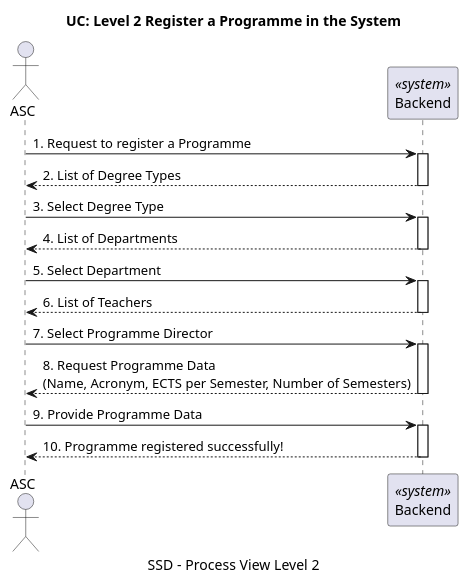
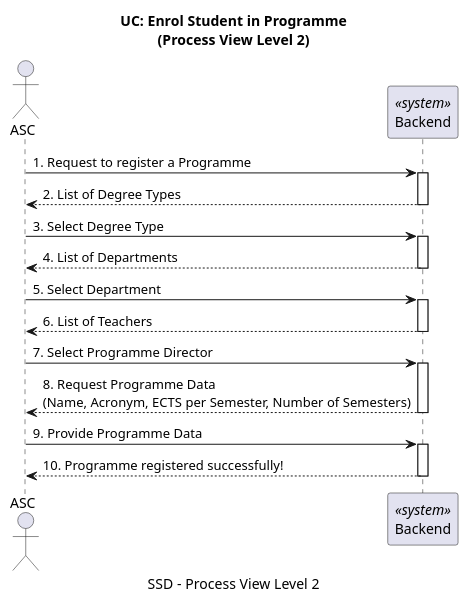
The diagram in docs/US09/ProcessView/level2Diagrams/Level2.puml (GasparISEP/DevOps-PAI), drawn with PlantUML before and after one commit. The commit also changed 2 other files, not shown here.

Commit message:
Ref #529: Created new sequence diagram of Process View level 3 REST API

```diff
--- a/docs/US09/ProcessView/level2Diagrams/Level2.puml
+++ b/docs/US09/ProcessView/level2Diagrams/Level2.puml
@@ -1,23 +1,24 @@
 @startuml
-title UC: Level 2 Register a Programme in the System
+
+title UC: Enrol Student in Programme\n(Process View Level 2)
 caption SSD – Process View Level 2
 
 actor ASC as "ASC"
 participant Backend <<system>>
 
 ASC -> Backend ++ : 1. Request to register a Programme
 Backend --> ASC -- : 2. List of Degree Types
 
 ASC -> Backend ++ : 3. Select Degree Type
 Backend --> ASC -- : 4. List of Departments
 
 ASC -> Backend ++ : 5. Select Department
 Backend --> ASC -- : 6. List of Teachers
 
 ASC -> Backend ++ : 7. Select Programme Director
 Backend --> ASC -- : 8. Request Programme Data\n(Name, Acronym, ECTS per Semester, Number of Semesters)
 
 ASC -> Backend ++ : 9. Provide Programme Data
 Backend --> ASC -- : 10. Programme registered successfully!
 
 @enduml
```
